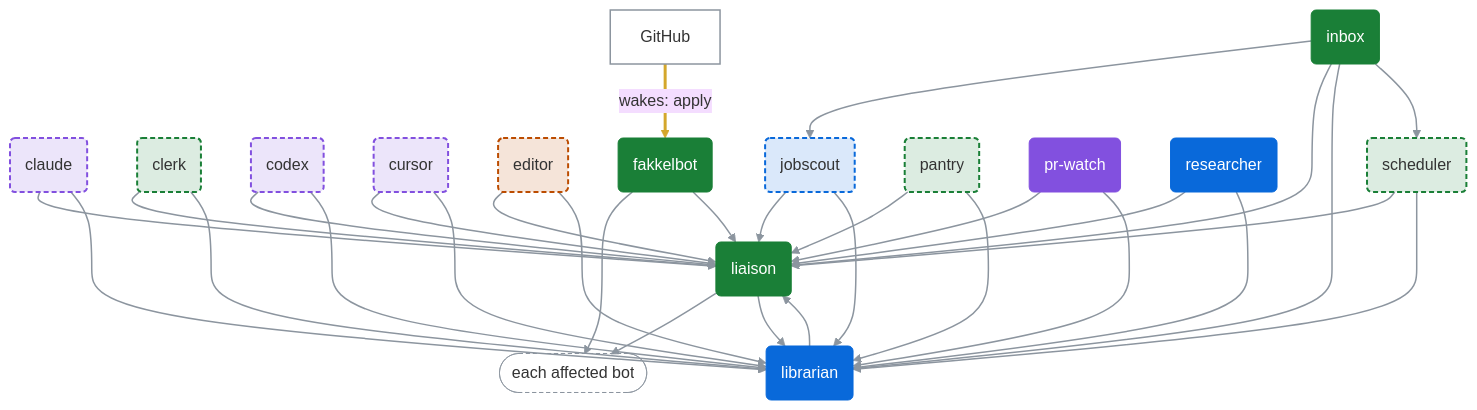
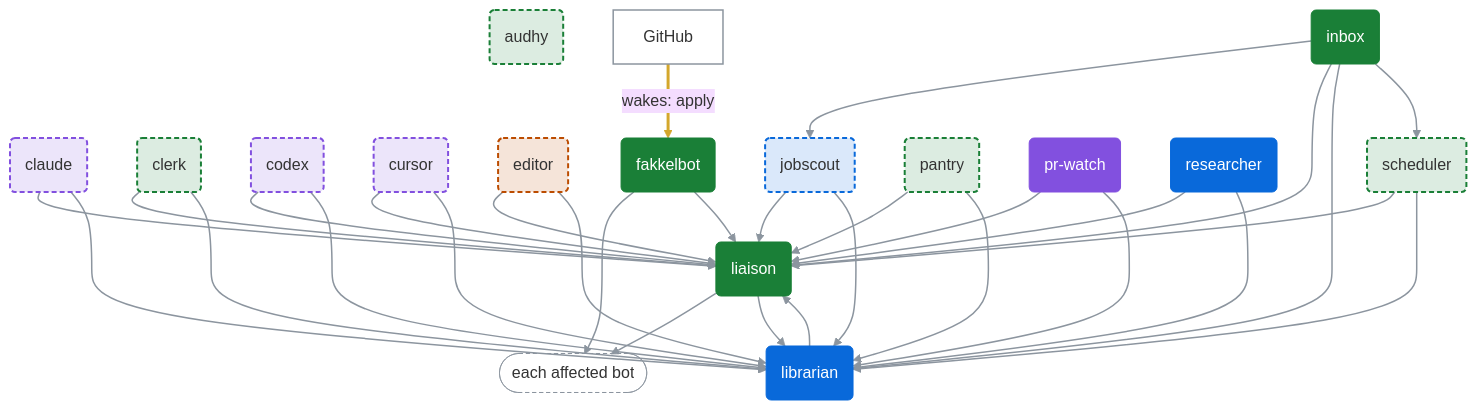
Before and after one commit to dfakkeldy/fakkelbot: the first of 2 diagrams in docs/bot-chart.md, drawn with Mermaid (base theme). The commit also changed other lines of this file and 4 other files, not shown here.

First line of the commit message:
feat(bots): add audhy, an opt-in bot for starting and restarting

````diff
--- a/docs/bot-chart.md
+++ b/docs/bot-chart.md
@@ -13,70 +13,71 @@
 ```mermaid
 %%{init: {"flowchart": {"curve": "basis"}}}%%
 flowchart TB
+    bot_audhy("audhy")
     bot_claude("claude")
     bot_clerk("clerk")
     bot_codex("codex")
     bot_cursor("cursor")
     bot_editor("editor")
     bot_fakkelbot("fakkelbot")
     bot_inbox("inbox")
     bot_jobscout("jobscout")
     bot_liaison("liaison")
     bot_librarian("librarian")
     bot_pantry("pantry")
     bot_pr_watch("pr-watch")
     bot_researcher("researcher")
     bot_scheduler("scheduler")
     fan_each_affected_bot(["each affected bot"])
     sys_github["GitHub"]
     bot_claude --> bot_liaison
     bot_claude --> bot_librarian
     bot_clerk --> bot_liaison
     bot_clerk --> bot_librarian
     bot_codex --> bot_liaison
     bot_codex --> bot_librarian
     bot_cursor --> bot_liaison
     bot_cursor --> bot_librarian
     bot_editor --> bot_liaison
     bot_editor --> bot_librarian
     bot_fakkelbot --> fan_each_affected_bot
     bot_fakkelbot --> bot_liaison
     bot_inbox --> bot_jobscout
     bot_inbox --> bot_liaison
     bot_inbox --> bot_librarian
     bot_inbox --> bot_scheduler
     bot_jobscout --> bot_liaison
     bot_jobscout --> bot_librarian
     bot_liaison --> fan_each_affected_bot
     bot_liaison --> bot_librarian
     bot_librarian --> bot_liaison
     bot_pantry --> bot_liaison
     bot_pantry --> bot_librarian
     bot_pr_watch --> bot_liaison
     bot_pr_watch --> bot_librarian
     bot_researcher --> bot_liaison
     bot_researcher --> bot_librarian
     bot_scheduler --> bot_liaison
     bot_scheduler --> bot_librarian
     sys_github ==>|"wakes: apply"| bot_fakkelbot
+    classDef daily_life_optional fill:#1a7f3726,stroke:#1a7f37,stroke-width:2px,stroke-dasharray:5 3
+    class bot_audhy,bot_clerk,bot_pantry,bot_scheduler daily_life_optional
     classDef builders_optional fill:#8250df26,stroke:#8250df,stroke-width:2px,stroke-dasharray:5 3
     class bot_claude,bot_codex,bot_cursor builders_optional
-    classDef daily_life_optional fill:#1a7f3726,stroke:#1a7f37,stroke-width:2px,stroke-dasharray:5 3
-    class bot_clerk,bot_pantry,bot_scheduler daily_life_optional
     classDef content_optional fill:#bc4c0026,stroke:#bc4c00,stroke-width:2px,stroke-dasharray:5 3
     class bot_editor content_optional
     classDef daily_life fill:#1a7f37,stroke:#1a7f37,color:#ffffff
     class bot_fakkelbot,bot_inbox,bot_liaison daily_life
     classDef work_optional fill:#0969da26,stroke:#0969da,stroke-width:2px,stroke-dasharray:5 3
     class bot_jobscout work_optional
     classDef work fill:#0969da,stroke:#0969da,color:#ffffff
     class bot_librarian,bot_researcher work
     classDef builders fill:#8250df,stroke:#8250df,color:#ffffff
     class bot_pr_watch builders
     classDef system fill:transparent,stroke:#8c959f,stroke-width:1.5px
     class sys_github system
     classDef fan_out fill:transparent,stroke:#8c959f,stroke-dasharray:4 3
     class fan_each_affected_bot fan_out
     linkStyle 0,1,2,3,4,5,6,7,8,9,10,11,12,13,14,15,16,17,18,19,20,21,22,23,24,25,26,27,28 stroke:#8c959f,stroke-width:1.5px
     linkStyle 29 stroke:#d4a72c,stroke-width:3px
 ```
````
